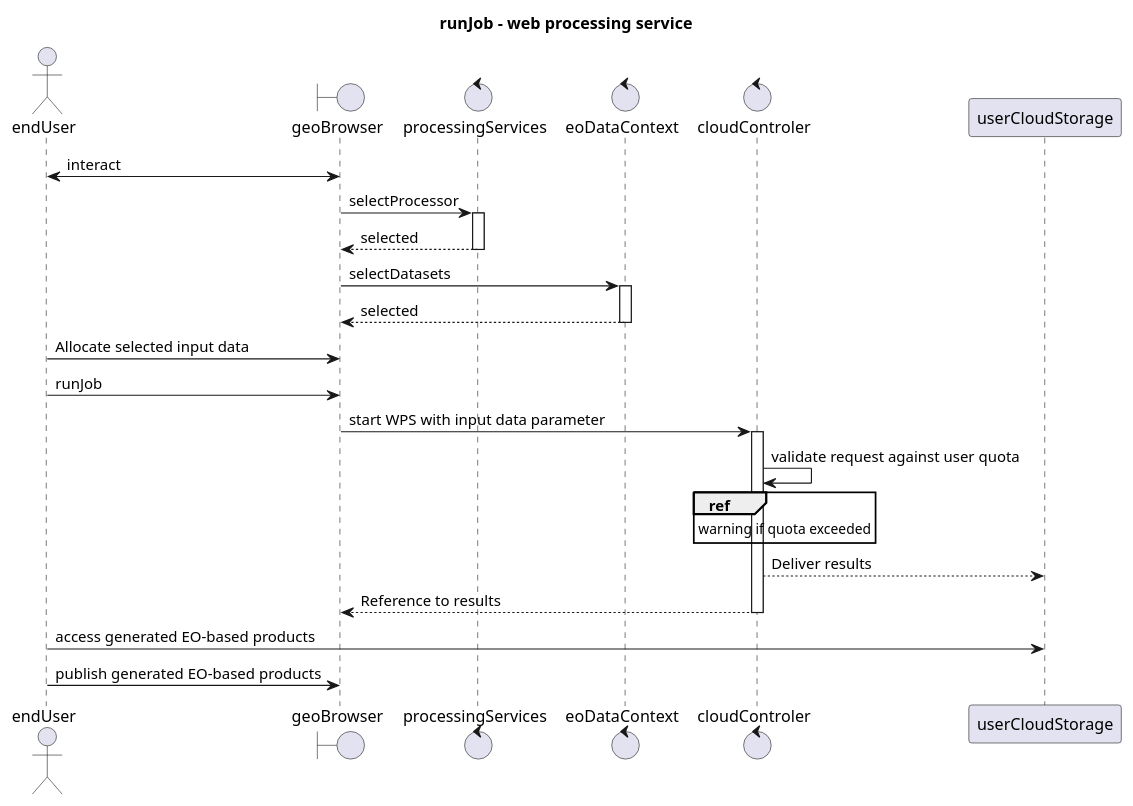
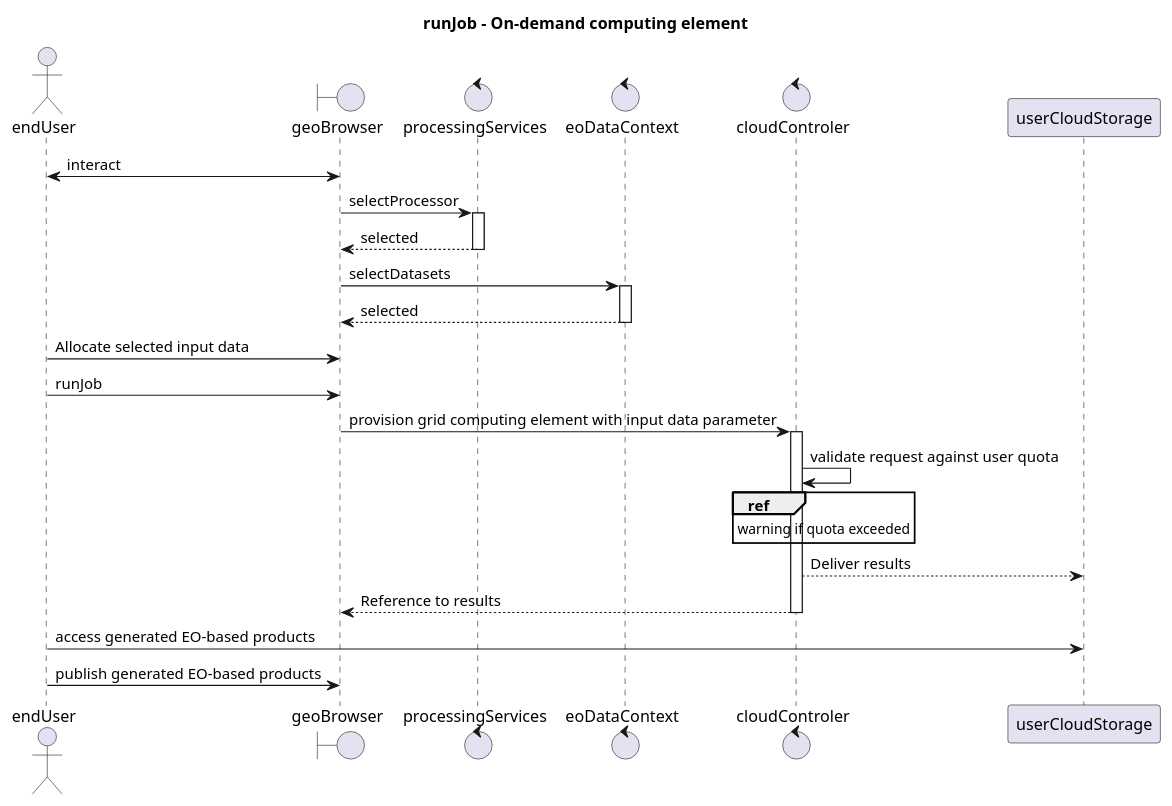
The second of 2 diagrams in source/enterprise/scope.rst (Terradue/doc-tep-geohazards-arch), drawn with PlantUML before and after one commit. The commit also changed other lines of this file, not shown here.

```diff
--- a/source/enterprise/scope.rst
+++ b/source/enterprise/scope.rst
@@ -85,37 +85,37 @@
 .. uml::
 
-       title runJob - web processing service
+       title runJob - On-demand computing element
        actor endUser
        ' Boundary (view in MVC) Objects that interface with system actors   
        boundary geoBrowser 
        ' Entity (model in MVC): Objects representing system data
        ' model descriptions are delegated to the Information viewpoint
        ' Control (controller in MVC): Objects that mediate between boundaries and entities
        control processingServices
        control eoDataContext
        control cloudControler
 
        endUser <-> geoBrowser: interact
        geoBrowser -> processingServices: selectProcessor
        activate processingServices
        geoBrowser <-- processingServices: selected 
        deactivate processingServices
 
        geoBrowser -> eoDataContext: selectDatasets
        activate eoDataContext
        geoBrowser <-- eoDataContext: selected
        deactivate eoDataContext
 
        endUser -> geoBrowser: Allocate selected input data
        endUser -> geoBrowser: runJob
 
-       geoBrowser -> cloudControler: start WPS with input data parameter
+       geoBrowser -> cloudControler: provision grid computing element with input data parameter
        activate cloudControler
        cloudControler->cloudControler: validate request against user quota
        ref over cloudControler: warning if quota exceeded
        cloudControler --> userCloudStorage: Deliver results
        geoBrowser <-- cloudControler: Reference to results
        deactivate cloudControler
 
        endUser -> userCloudStorage: access generated EO-based products
        endUser -> geoBrowser: publish generated EO-based products
```
